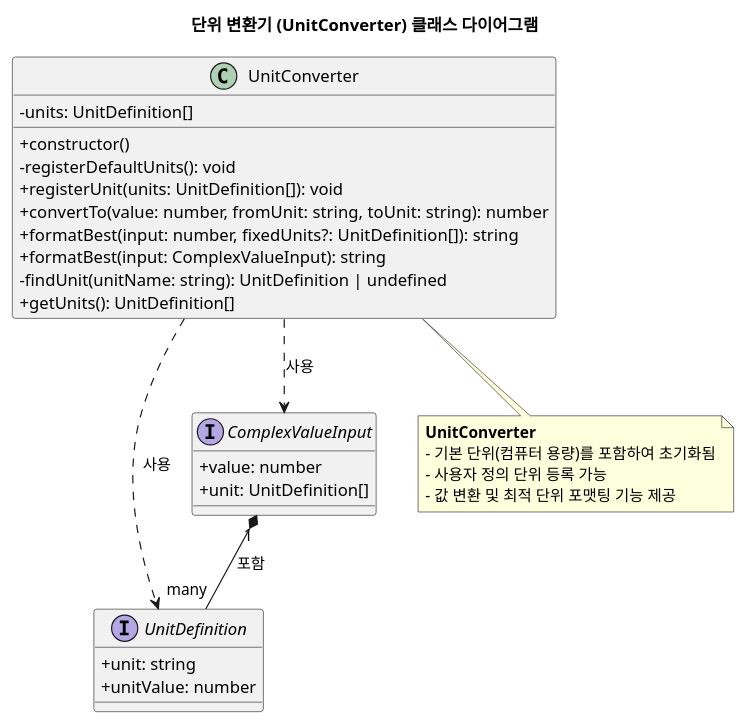
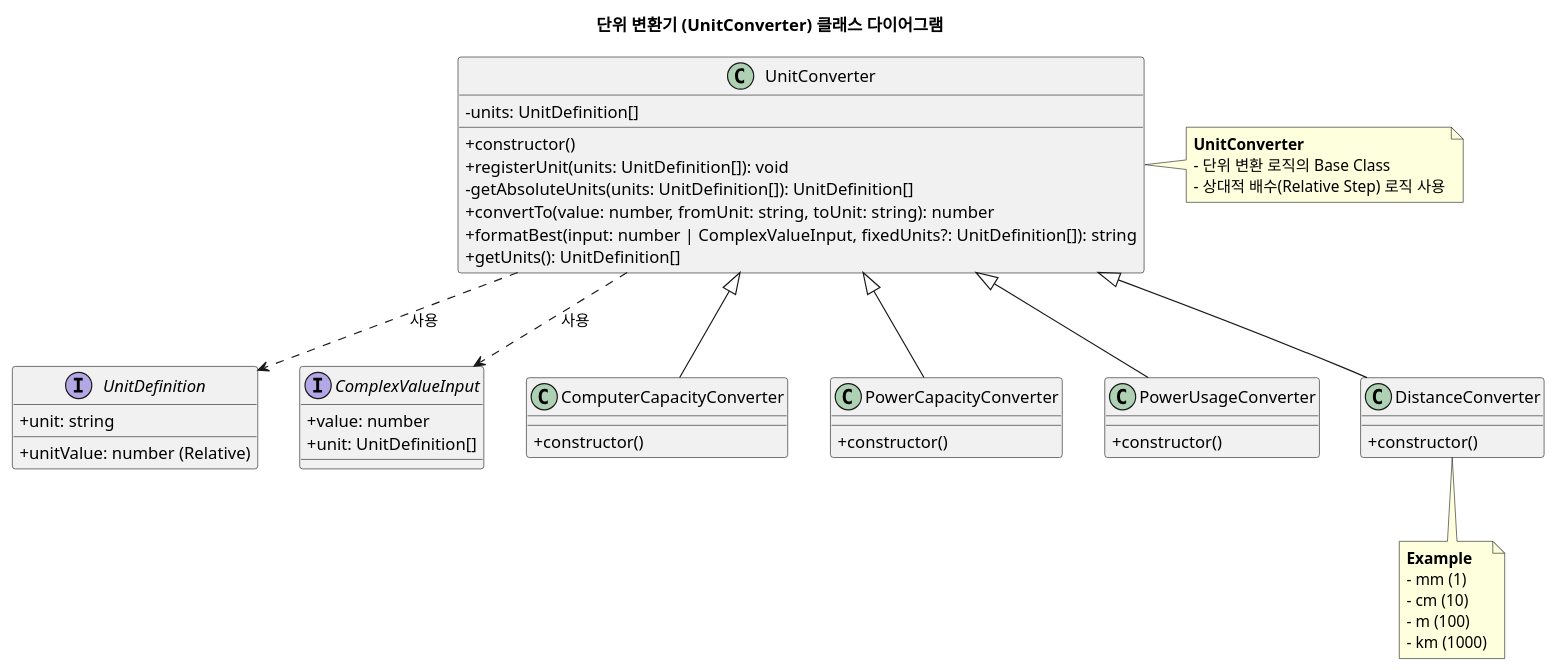
One commit to sizone/unitConvert changed the diagram in docs/class_diagram.puml. Above: the diagram before and after it, drawn with PlantUML. The commit also changed 8 other files, not shown here.

```diff
--- a/docs/class_diagram.puml
+++ b/docs/class_diagram.puml
@@ -1,43 +1,68 @@
 @startuml
 ' 설정
 title 단위 변환기 (UnitConverter) 클래스 다이어그램
 skinparam classAttributeIconSize 0
 
 ' 인터페이스 정의
 interface UnitDefinition {
     + unit: string
-    + unitValue: number
+    + unitValue: number (Relative)
 }
 
 interface ComplexValueInput {
     + value: number
     + unit: UnitDefinition[]
 }
 
 ' 클래스 정의
 class UnitConverter {
     - units: UnitDefinition[]
     
     + constructor()
-    - registerDefaultUnits(): void
     + registerUnit(units: UnitDefinition[]): void
+    - getAbsoluteUnits(units: UnitDefinition[]): UnitDefinition[]
     + convertTo(value: number, fromUnit: string, toUnit: string): number
-    + formatBest(input: number, fixedUnits?: UnitDefinition[]): string
-    + formatBest(input: ComplexValueInput): string
-    - findUnit(unitName: string): UnitDefinition | undefined
+    + formatBest(input: number | ComplexValueInput, fixedUnits?: UnitDefinition[]): string
     + getUnits(): UnitDefinition[]
 }
 
-' 관계 정의
+class ComputerCapacityConverter {
+    + constructor()
+}
+
+class PowerCapacityConverter {
+    + constructor()
+}
+
+class PowerUsageConverter {
+    + constructor()
+}
+
+class DistanceConverter {
+    + constructor()
+}
+
+' 상속 및 관계 정의
+UnitConverter <|-- ComputerCapacityConverter
+UnitConverter <|-- PowerCapacityConverter
+UnitConverter <|-- PowerUsageConverter
+UnitConverter <|-- DistanceConverter
+
 UnitConverter ..> UnitDefinition : 사용
 UnitConverter ..> ComplexValueInput : 사용
-ComplexValueInput "1" *-- "many" UnitDefinition : 포함
 
-note bottom of UnitConverter
+note right of UnitConverter
   <b>UnitConverter</b>
-  - 기본 단위(컴퓨터 용량)를 포함하여 초기화됨
-  - 사용자 정의 단위 등록 가능
-  - 값 변환 및 최적 단위 포맷팅 기능 제공
+  - 단위 변환 로직의 Base Class
+  - 상대적 배수(Relative Step) 로직 사용
+end note
+
+note bottom of DistanceConverter
+  <b>Example</b>
+  - mm (1)
+  - cm (10)
+  - m (100)
+  - km (1000)
 end note
 
 @enduml
```
